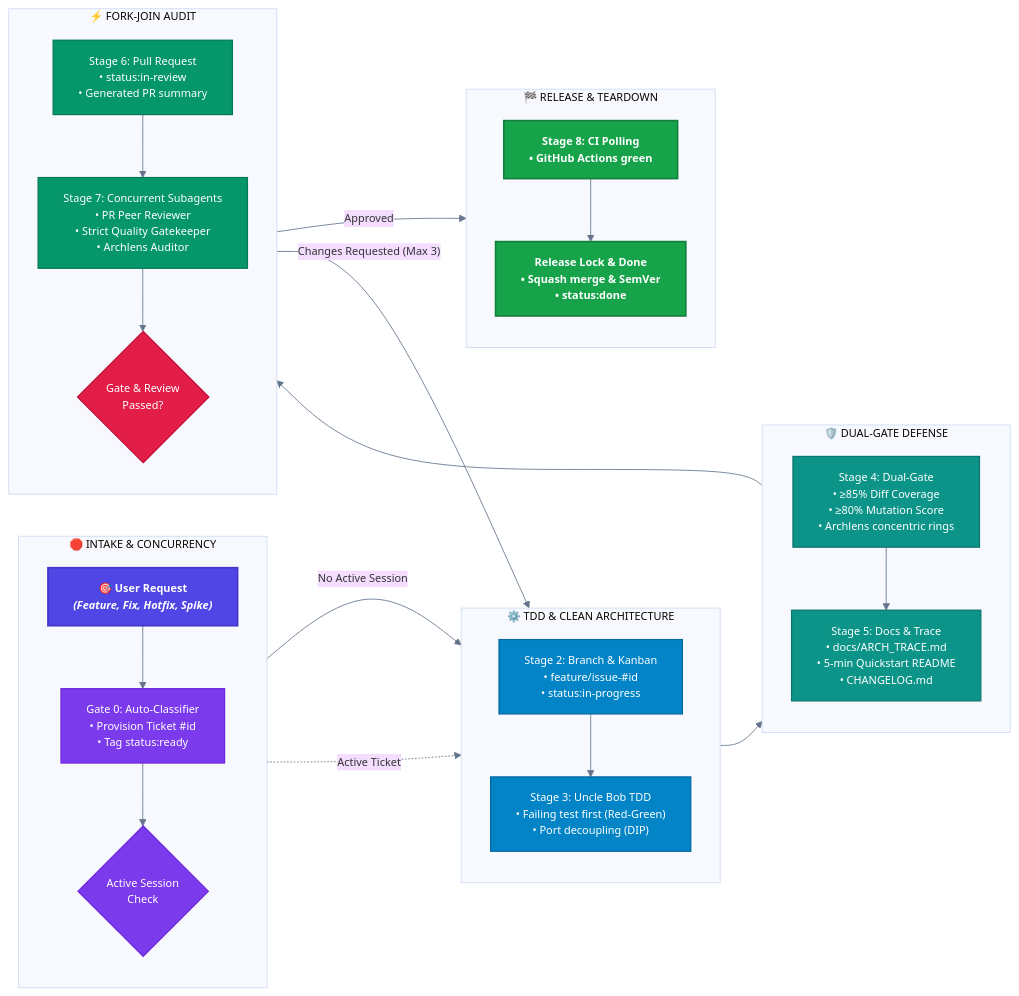
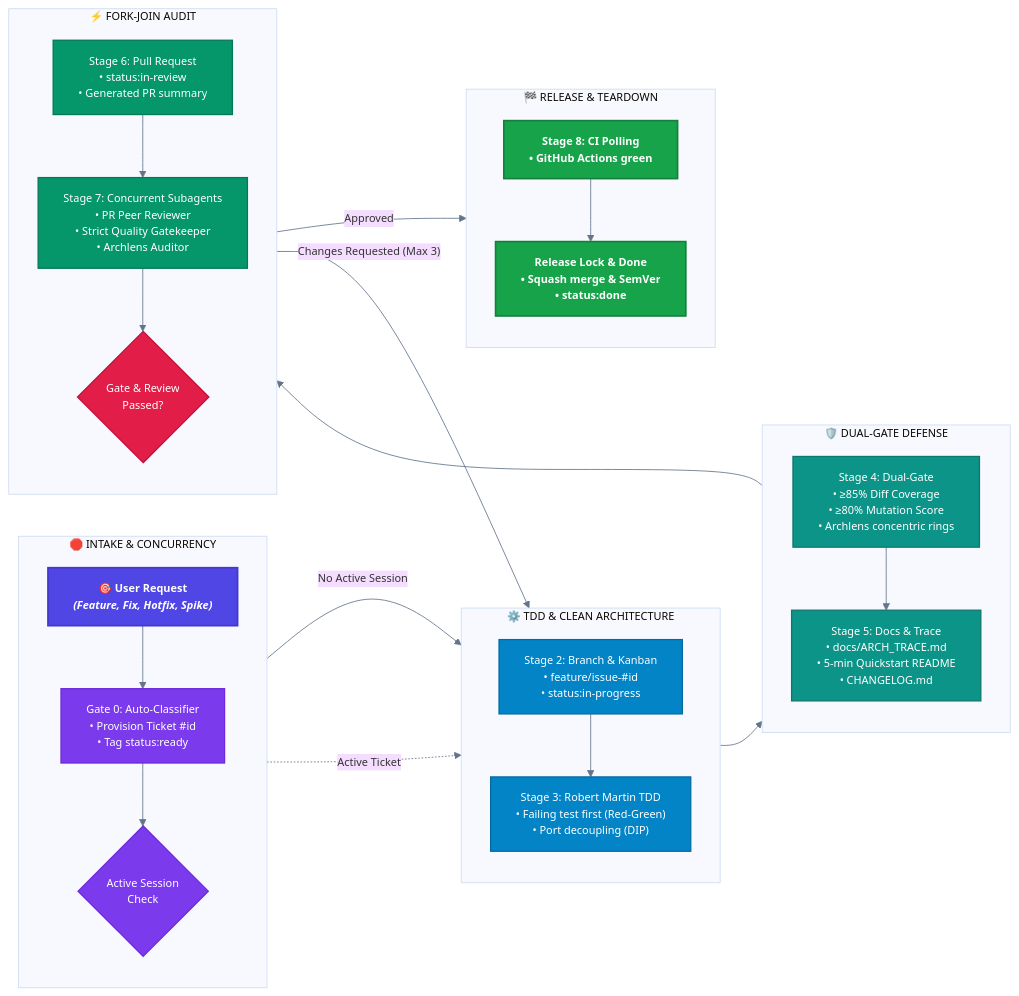
One commit to fmatar/sealit changed the diagram in README.md. Above: the diagram before and after it, drawn with Mermaid. The commit also changed other lines of this file and 16 other files, not shown here.

Commit message:
chore: rename all Uncle Bob references to Robert Martin across framework (#33)

````diff
--- a/README.md
+++ b/README.md
@@ -32,62 +32,62 @@
 ```mermaid
 %%{init: {'theme': 'base', 'themeVariables': { 'fontFamily': 'system-ui, -apple-system, BlinkMacSystemFont, Segoe UI, Roboto, sans-serif', 'fontSize': '13px', 'darkMode': false, 'lineColor': '#64748b' }}}%%
 flowchart LR
     %% Styling Palette (High Contrast, GitHub-Native Aesthetics)
     classDef trigger fill:#4f46e5,stroke:#4338ca,stroke-width:2px,color:#ffffff,font-weight:bold;
     classDef gate0 fill:#7c3aed,stroke:#6d28d9,stroke-width:1.5px,color:#ffffff;
     classDef stage fill:#0284c7,stroke:#0369a1,stroke-width:1.5px,color:#ffffff;
     classDef gate fill:#0d9488,stroke:#0f766e,stroke-width:1.5px,color:#ffffff;
     classDef subagent fill:#059669,stroke:#047857,stroke-width:1.5px,color:#ffffff;
     classDef circuit fill:#e11d48,stroke:#be123c,stroke-width:1.5px,color:#ffffff;
     classDef done fill:#16a34a,stroke:#15803d,stroke-width:2px,color:#ffffff,font-weight:bold;
 
     %% 1. Ingestion & Pre-Flight
     subgraph Phase1 [" 🛑 INTAKE & CONCURRENCY "]
         direction TB
         UserReq["🎯 User Request<br/><i>(Feature, Fix, Hotfix, Spike)</i>"]:::trigger
         Gate0["Gate 0: Auto-Classifier<br/>• Provision Ticket #id<br/>• Tag status:ready"]:::gate0
         PreFlight{"Active Session<br/>Check"}:::gate0
         UserReq --> Gate0 --> PreFlight
     end
 
     %% 2. TDD & Architecture
     subgraph Phase2 [" ⚙️ TDD & CLEAN ARCHITECTURE "]
         direction TB
         BranchSync["Stage 2: Branch & Kanban<br/>• feature/issue-#id<br/>• status:in-progress"]:::stage
-        TDDLoop["Stage 3: Uncle Bob TDD<br/>• Failing test first (Red-Green)<br/>• Port decoupling (DIP)"]:::stage
+        TDDLoop["Stage 3: Robert Martin TDD<br/>• Failing test first (Red-Green)<br/>• Port decoupling (DIP)"]:::stage
         BranchSync --> TDDLoop
     end
 
     %% 3. Dual-Gate Verification
     subgraph Phase3 [" 🛡️ DUAL-GATE DEFENSE "]
         direction TB
         DualGate["Stage 4: Dual-Gate<br/>• ≥85% Diff Coverage<br/>• ≥80% Mutation Score<br/>• Archlens concentric rings"]:::gate
         ArchTrace["Stage 5: Docs & Trace<br/>• docs/ARCH_TRACE.md<br/>• 5-min Quickstart README<br/>• CHANGELOG.md"]:::gate
         DualGate --> ArchTrace
     end
 
     %% 4. Fork-Join Review
     subgraph Phase4 [" ⚡ FORK-JOIN AUDIT "]
         direction TB
         OpenPR["Stage 6: Pull Request<br/>• status:in-review<br/>• Generated PR summary"]:::subagent
         ForkJoin["Stage 7: Concurrent Subagents<br/>• PR Peer Reviewer<br/>• Strict Quality Gatekeeper<br/>• Archlens Auditor"]:::subagent
         CircuitBreaker{"Gate & Review<br/>Passed?"}:::circuit
         OpenPR --> ForkJoin --> CircuitBreaker
     end
 
     %% 5. Release & Teardown
     subgraph Phase5 [" 🏁 RELEASE & TEARDOWN "]
         direction TB
         RemoteCI["Stage 8: CI Polling<br/>• GitHub Actions green"]:::done
         MergeDone["Release Lock & Done<br/>• Squash merge & SemVer<br/>• status:done"]:::done
         RemoteCI --> MergeDone
     end
 
     %% Pipeline Interconnections
     PreFlight -->|"No Active Session"| BranchSync
     PreFlight -.->|"Active Ticket"| TDDLoop
     TDDLoop --> DualGate
     ArchTrace --> OpenPR
     CircuitBreaker -->|"Approved"| RemoteCI
     CircuitBreaker -->|"Changes Requested (Max 3)"| TDDLoop
 ```
````
